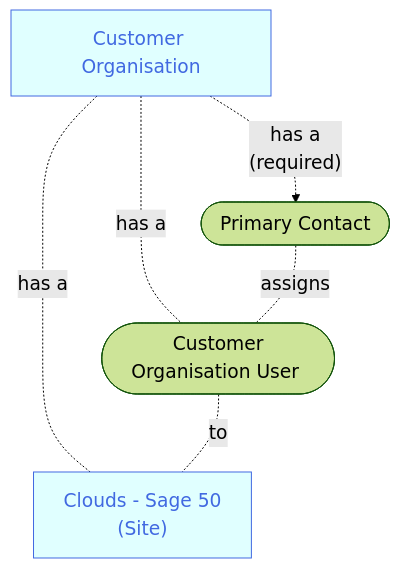
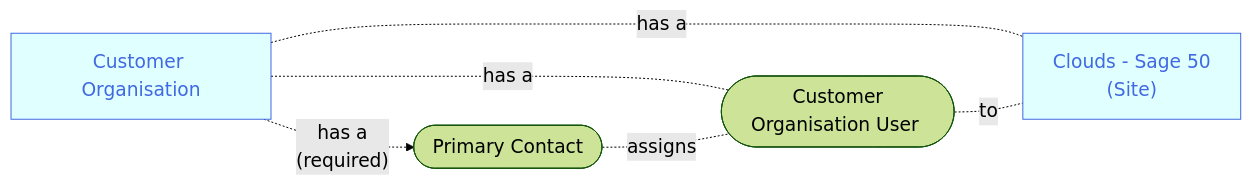
Before and after one commit to joe-dorward/samples: the diagram in 2025_Sage/05_Scenario - User to Site.mdx, drawn with Mermaid.

Commit message:
Update 05_Scenario - User to Site.mdx

````diff
--- a/2025_Sage/05_Scenario - User to Site.mdx
+++ b/2025_Sage/05_Scenario - User to Site.mdx
@@ -6,31 +6,31 @@
 ```mermaid
 %%{
   init: {
     'theme': 'forest',
     'themeVariables': {
       'fontSize':'14pt'
     }
   }
 }%%
-flowchart TD
+flowchart LR
   classDef Sage fill:seagreen, color:honeydew;
   classDef Noun fill:lightcyan, stroke:royalblue, color:royalblue;
   classDef Note fill:white, stroke:white, text-align:left;
 
   CUSTOMER_ORGANISATION_01[Customer Organisation]-.has a<br/>(required).->
   PRIMARY_CONTACT_01([&nbsp;Primary Contact&nbsp;])
 
   CUSTOMER_ORGANISATION_01-.has a.-
   CUSTOMER_ORGANISATION_USER_01([&nbsp;Customer Organisation User&nbsp;])
 
   CUSTOMER_ORGANISATION_01-.has a.-
   SITE_01["Clouds - Sage 50<br/>(Site)"]
 
   PRIMARY_CONTACT_01-.assigns.-
   CUSTOMER_ORGANISATION_USER_01
 
   CUSTOMER_ORGANISATION_USER_01-."to".-
   SITE_01
 
   class CUSTOMER_ORGANISATION_01,SITE_01 Noun
 ```
````
